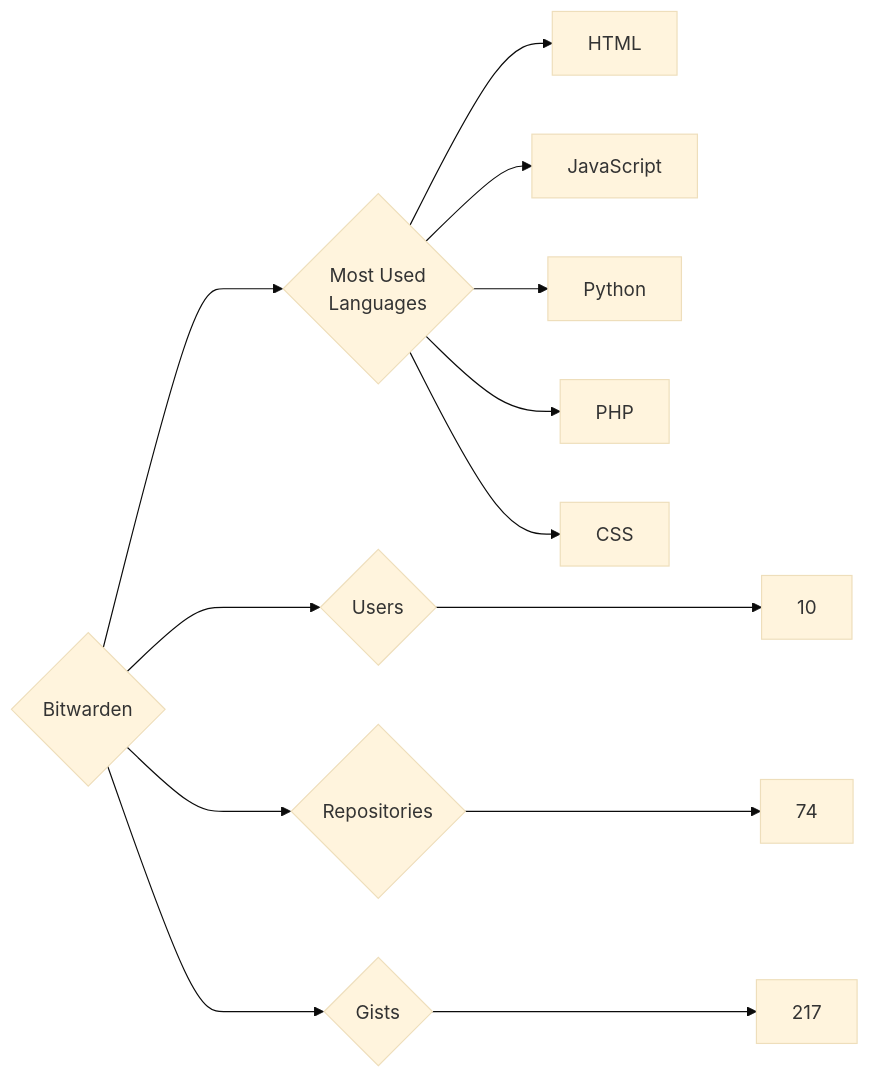
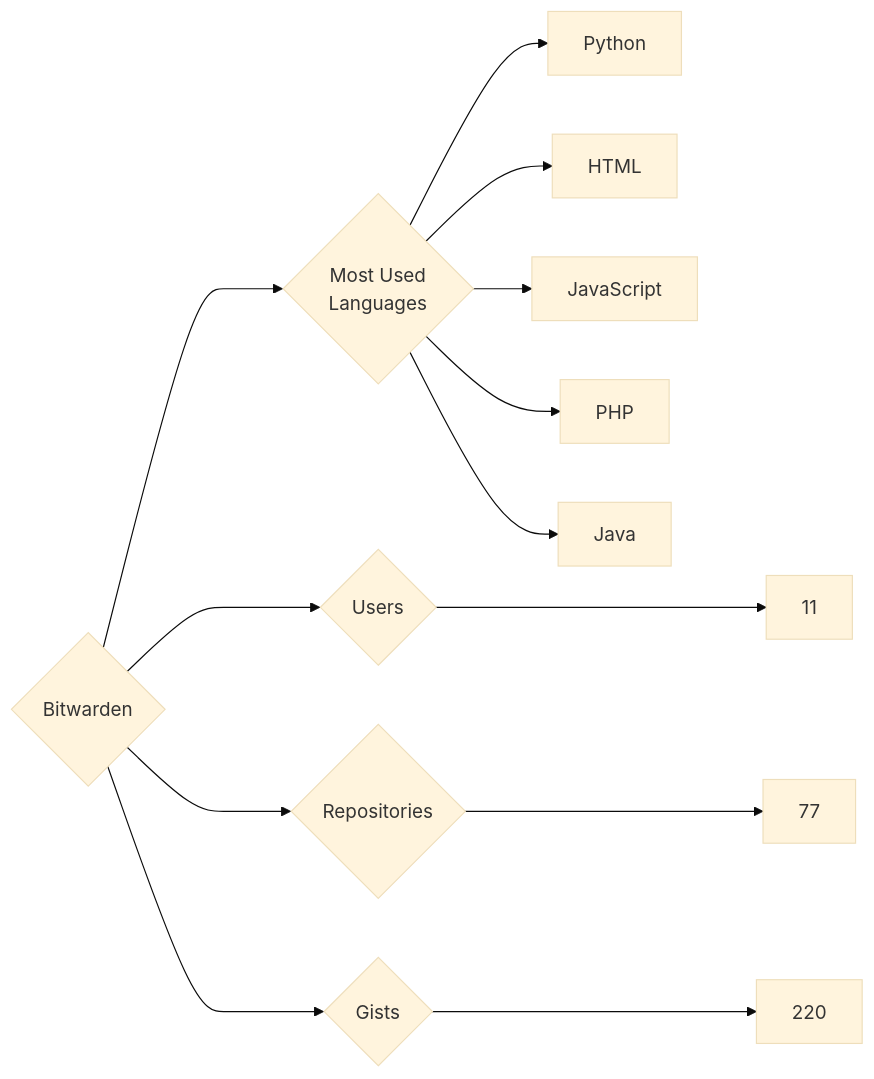
The diagram in targets/Bitwarden/README.md (trickest/insiders), drawn with Mermaid (base theme) before and after one commit. The commit also changed 1123 other files, not shown here.

````diff
--- a/targets/Bitwarden/README.md
+++ b/targets/Bitwarden/README.md
@@ -3,13 +3,13 @@
 ```mermaid
 graph LR
 COMPANY_NAME{Bitwarden}
-COMPANY_NAME ---> U{Users} ---> UN[10]
-COMPANY_NAME ---> R{Repositories} ---> RN[74]
-COMPANY_NAME ---> G{Gists} ---> GN[217]
+COMPANY_NAME ---> U{Users} ---> UN[11]
+COMPANY_NAME ---> R{Repositories} ---> RN[77]
+COMPANY_NAME ---> G{Gists} ---> GN[220]
 COMPANY_NAME ---> ML{Most Used<br>Languages}
+ML --> Python[Python]
 ML --> HTML[HTML]
 ML --> JavaScript[JavaScript]
-ML --> Python[Python]
 ML --> PHP[PHP]
-ML --> CSS[CSS]
+ML --> Java[Java]
 ```
````
